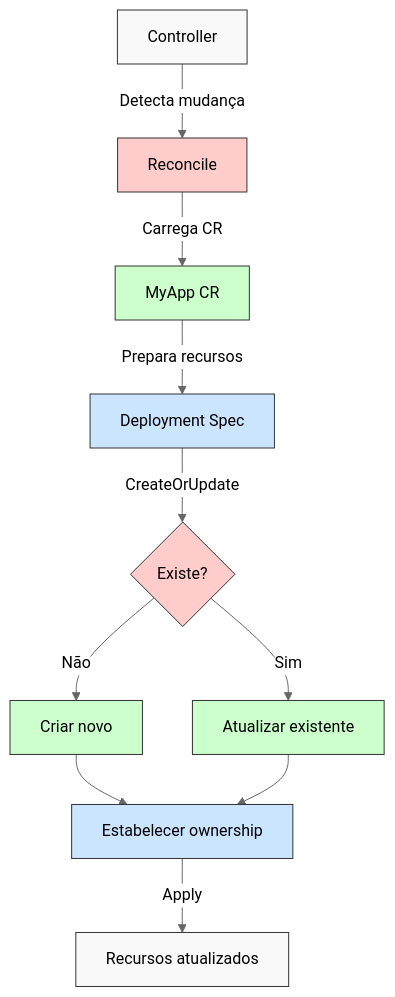
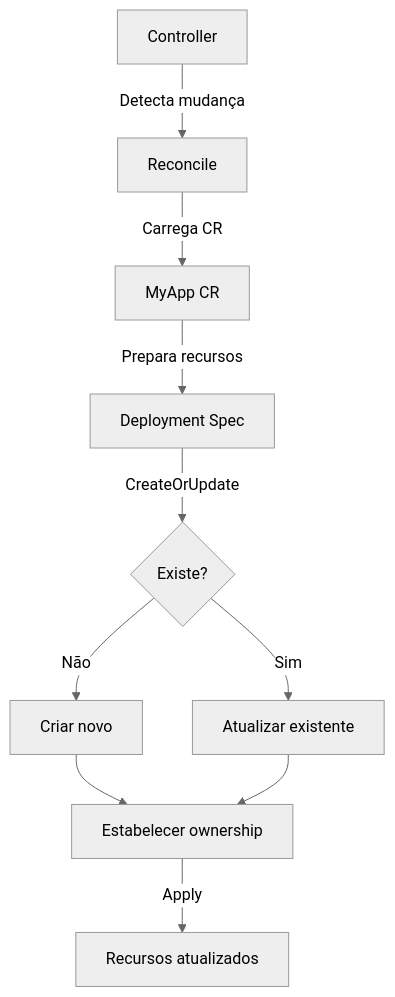
One commit to cloud104/tcloud-devops-k8s-operators-training changed the third of 3 diagrams in docs/extras/kubernetes-create-or-update.md. Above: the diagram before and after it, drawn with Mermaid (neutral theme). The commit also changed other lines of this file and 6 other files, not shown here.

First line of the commit message:
docs: revisa material teorico, corrige APIs e melhora diagramas

````diff
--- a/docs/extras/kubernetes-create-or-update.md
+++ b/docs/extras/kubernetes-create-or-update.md
@@ -122,22 +105,13 @@
 ```mermaid
 flowchart TD
     A[Controller] -->|Detecta mudança| B[Reconcile]
     B -->|Carrega CR| C[MyApp CR]
     C -->|Prepara recursos| D[Deployment Spec]
     D -->|CreateOrUpdate| E{Existe?}
     E -->|Não| F[Criar novo]
     E -->|Sim| G[Atualizar existente]
     F --> H[Estabelecer ownership]
     G --> H
     H -->|Apply| I[Recursos atualizados]
     
-    classDef default fill:#f9f9f9,stroke:#333
-    classDef process fill:#ffcccc,stroke:#333
-    classDef resource fill:#ccffcc,stroke:#333
-    classDef spec fill:#cce5ff,stroke:#333
-    
-    class A,I default
-    class B,E process
-    class C,F,G resource
-    class D,H spec
 ```
````
